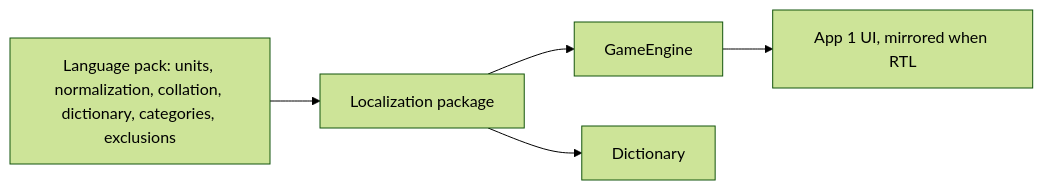
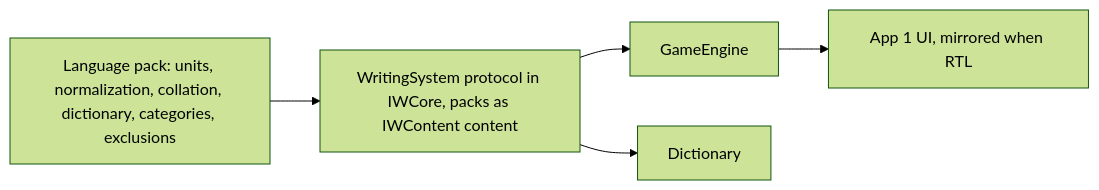
One commit to nikhilprakash24/CVIN-SC-Implementation-SSI-DID changed the diagram in npat-planning/app3-multilingual/short-story-plan.md. Above: the diagram before and after it, drawn with Mermaid (forest theme). The commit also changed other lines of this file and 11 other files, not shown here.

````diff
--- a/npat-planning/app3-multilingual/short-story-plan.md
+++ b/npat-planning/app3-multilingual/short-story-plan.md
@@ -55,7 +55,7 @@
 ```mermaid
 flowchart LR
-  P[Language pack: units, normalization, collation, dictionary, categories, exclusions] --> LO[Localization package]
+  P[Language pack: units, normalization, collation, dictionary, categories, exclusions] --> LO[WritingSystem protocol in IWCore, packs as IWContent content]
   LO --> GE[GameEngine]
   LO --> DI[Dictionary]
   GE --> UI[App 1 UI, mirrored when RTL]
 ```
````
